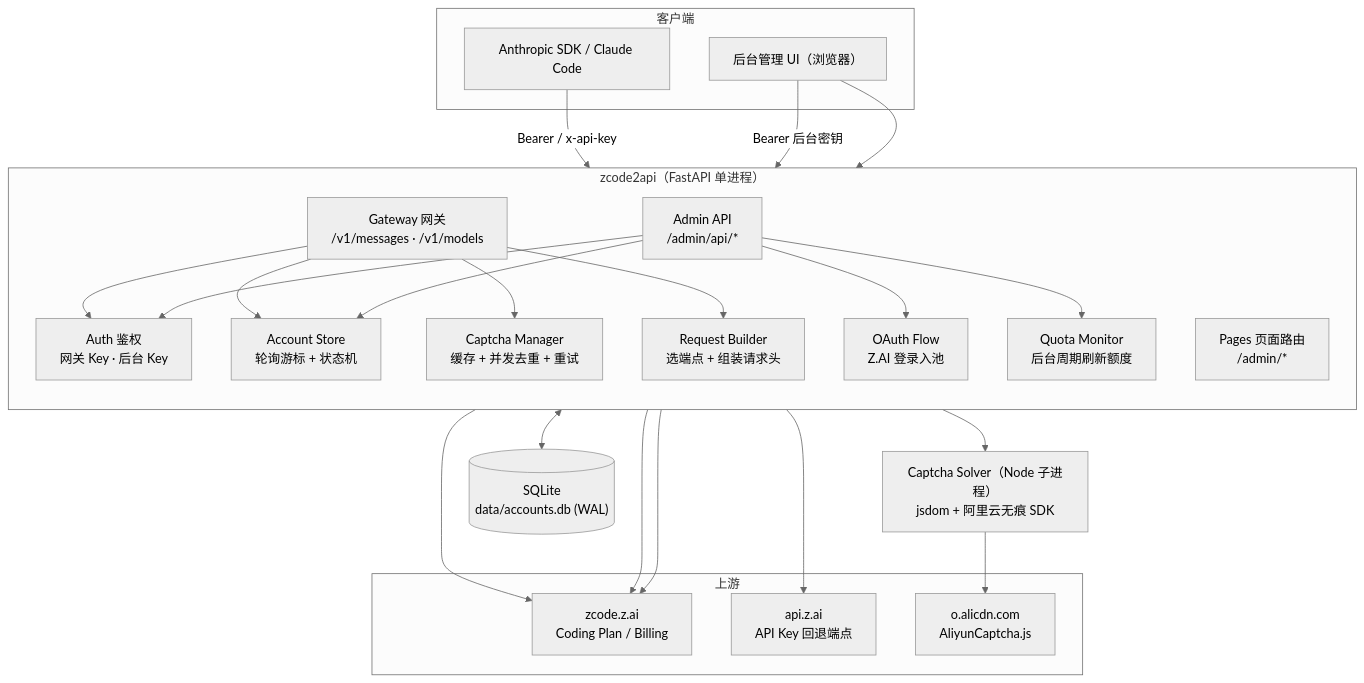
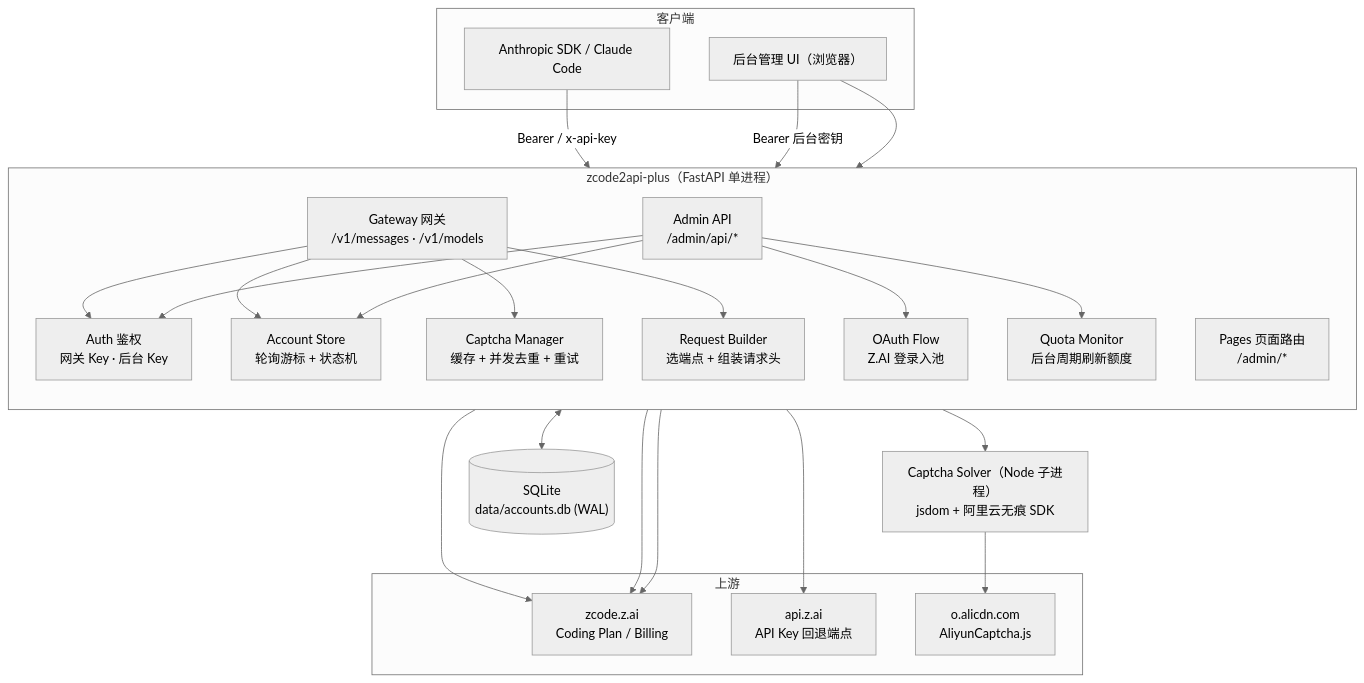
The first of 4 diagrams in docs/ARCHITECTURE.md (gakiyukr/zcode2api-plus), drawn with Mermaid (neutral theme) before and after one commit. The commit also changed other lines of this file and 3 other files, not shown here.

First line of the commit message:
docs: follow-up branding and links for zcode2api-plus

````diff
--- a/docs/ARCHITECTURE.md
+++ b/docs/ARCHITECTURE.md
@@ -26,52 +26,52 @@
 ```mermaid
 graph TD
     subgraph Clients["客户端"]
         SDK["Anthropic SDK / Claude Code"]
         UI["后台管理 UI（浏览器）"]
     end
 
-    subgraph App["zcode2api（FastAPI 单进程）"]
+    subgraph App["zcode2api-plus（FastAPI 单进程）"]
         direction TB
         GW["Gateway 网关<br/>/v1/messages · /v1/models"]
         ADMIN["Admin API<br/>/admin/api/*"]
         PAGES["Pages 页面路由<br/>/admin/*"]
         AUTH["Auth 鉴权<br/>网关 Key · 后台 Key"]
         AGENT["Request Builder<br/>选端点 + 组装请求头"]
         STORE["Account Store<br/>轮询游标 + 状态机"]
         QUOTA["Quota Monitor<br/>后台周期刷新额度"]
         CAPTCHA["Captcha Manager<br/>缓存 + 并发去重 + 重试"]
         OAUTH["OAuth Flow<br/>Z.AI 登录入池"]
     end
 
     SOLVER["Captcha Solver（Node 子进程）<br/>jsdom + 阿里云无痕 SDK"]
     DB[("SQLite<br/>data/accounts.db (WAL)")]
 
     subgraph Upstream["上游"]
         ZAI["zcode.z.ai<br/>Coding Plan / Billing"]
         ZAIAPI["api.z.ai<br/>API Key 回退端点"]
         ALIYUN["o.alicdn.com<br/>AliyunCaptcha.js"]
     end
 
     SDK -->|"Bearer / x-api-key"| GW
     UI -->|"Bearer 后台密钥"| ADMIN
     UI --> PAGES
 
     GW --> AUTH
     ADMIN --> AUTH
     GW --> STORE
     GW --> CAPTCHA
     GW --> AGENT
     AGENT --> ZAI
     AGENT --> ZAIAPI
 
     CAPTCHA --> SOLVER
     SOLVER --> ALIYUN
 
     ADMIN --> STORE
     ADMIN --> OAUTH
     ADMIN --> QUOTA
     QUOTA --> ZAI
     OAUTH --> ZAI
 
     STORE <--> DB
 ```
````
